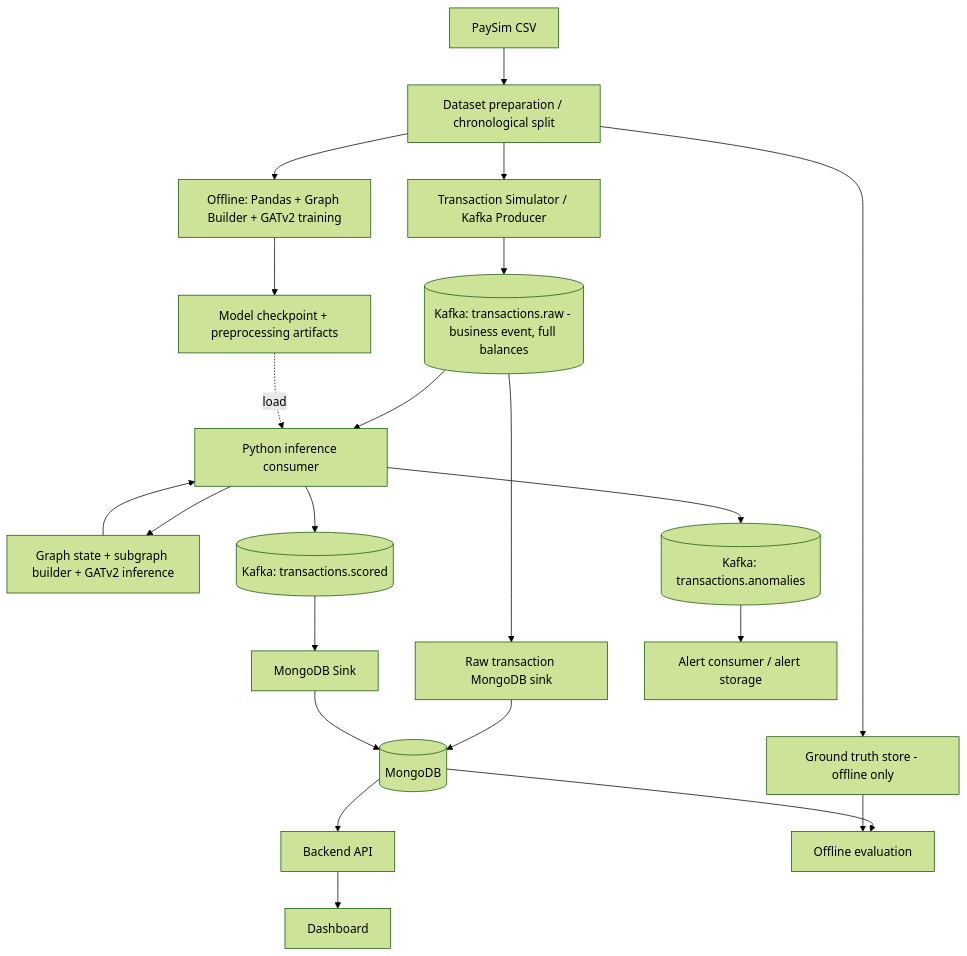
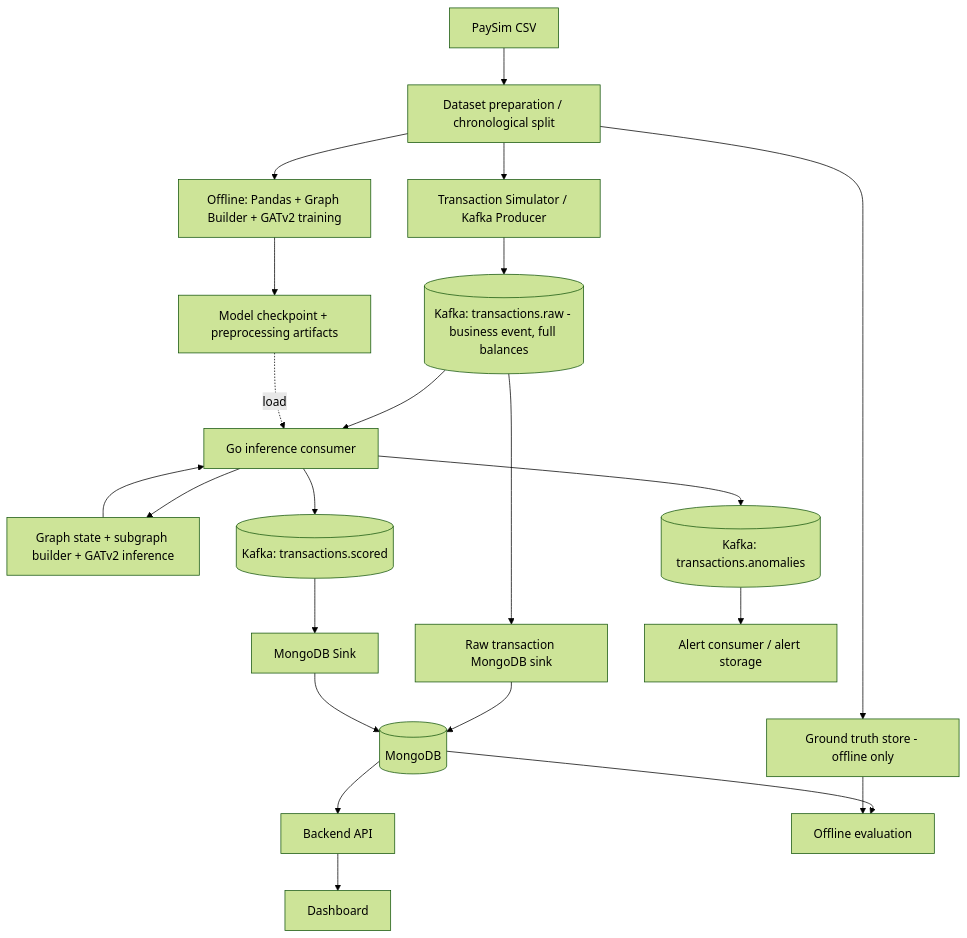
The diagram in financial_anomaly_kafka_paysim_design_v2.md (MyNameIsKry/kafka-learning), drawn with Mermaid (forest theme) before and after one commit. The commit also changed other lines of this file and 14 other files, not shown here.

````diff
--- a/financial_anomaly_kafka_paysim_design_v2.md
+++ b/financial_anomaly_kafka_paysim_design_v2.md
@@ -18,24 +18,24 @@
 ```mermaid
 flowchart TB
   CSV[PaySim CSV] --> Split[Dataset preparation / chronological split]
   Split --> Train[Offline: Pandas + Graph Builder + GATv2 training]
   Train --> Artifacts[Model checkpoint + preprocessing artifacts]
   Split --> Replay[Transaction Simulator / Kafka Producer]
   Split --> Labels[Ground truth store - offline only]
   Replay --> Raw[(Kafka: transactions.raw - business event, full balances)]
   Raw --> TransactionSink[Raw transaction MongoDB sink]
   TransactionSink --> Mongo
-  Raw --> Consumer[Python inference consumer]
+  Raw --> Consumer[Go inference consumer]
   Artifacts -. load .-> Consumer
   Consumer --> Graph[Graph state + subgraph builder + GATv2 inference]
   Graph --> Consumer
   Consumer --> Scored[(Kafka: transactions.scored)]
   Consumer --> Anomalies[(Kafka: transactions.anomalies)]
   Scored --> Sink[MongoDB Sink]
   Sink --> Mongo[(MongoDB)]
   Anomalies --> Alert[Alert consumer / alert storage]
   Mongo --> API[Backend API]
   API --> UI[Dashboard]
   Mongo --> Eval[Offline evaluation]
   Labels --> Eval
 ```
````
